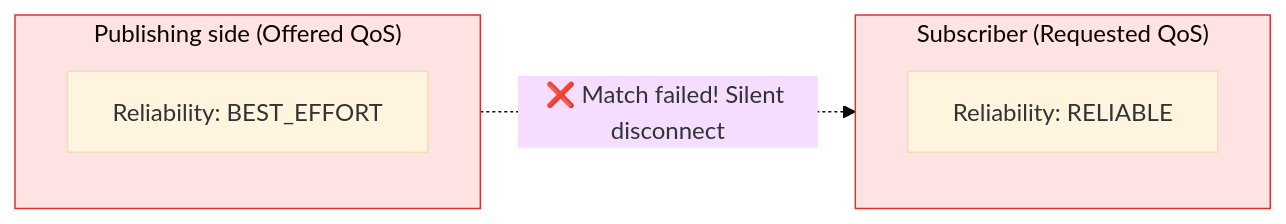
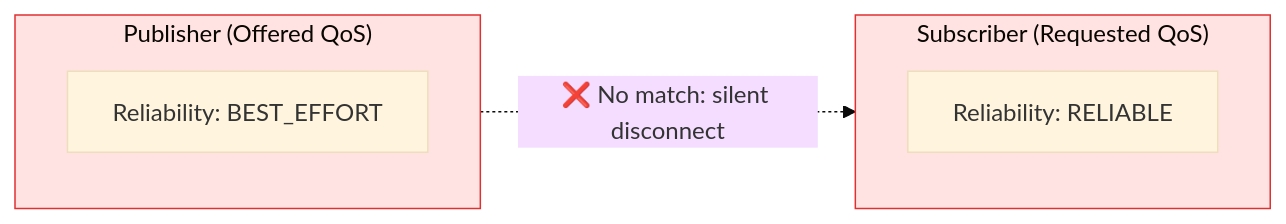
One commit to TingdeLiu/tingdeliu.github.io changed the tenth of 21 diagrams in _translations/en/research/ROS2-Survey.md. Above: the diagram before and after it, drawn with Mermaid (base theme). The commit also changed other lines of this file and 51 other files, not shown here.

````diff
--- a/_translations/en/research/ROS2-Survey.md
+++ b/_translations/en/research/ROS2-Survey.md
@@ -577,15 +577,15 @@
 ```mermaid
 flowchart LR
-    subgraph Publisher["Publishing side (Offered QoS)"]
+    subgraph Publisher["Publisher (Offered QoS)"]
         PubRel["Reliability: BEST_EFFORT"]
     end
 
     subgraph Subscriber["Subscriber (Requested QoS)"]
         SubRel["Reliability: RELIABLE"]
     end
 
-    Publisher -.->|"❌ Match failed! Silent disconnect"| Subscriber
+    Publisher -.->|"❌ No match: silent disconnect"| Subscriber
     
     style Publisher fill:#ffe3e3,stroke:#e03131
     style Subscriber fill:#ffe3e3,stroke:#e03131
 ```
````
